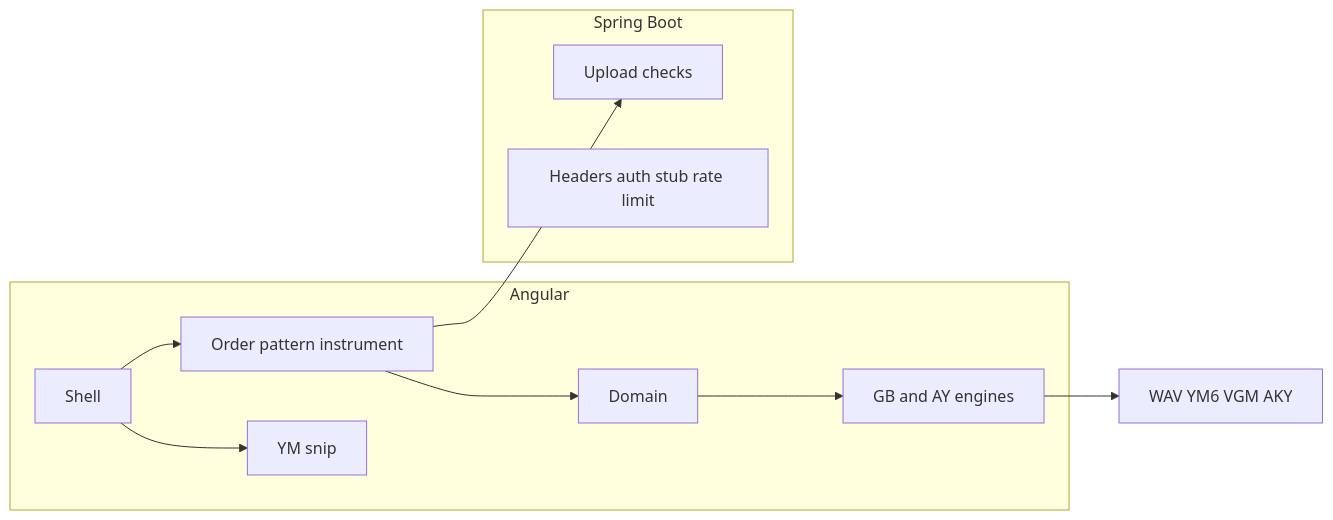
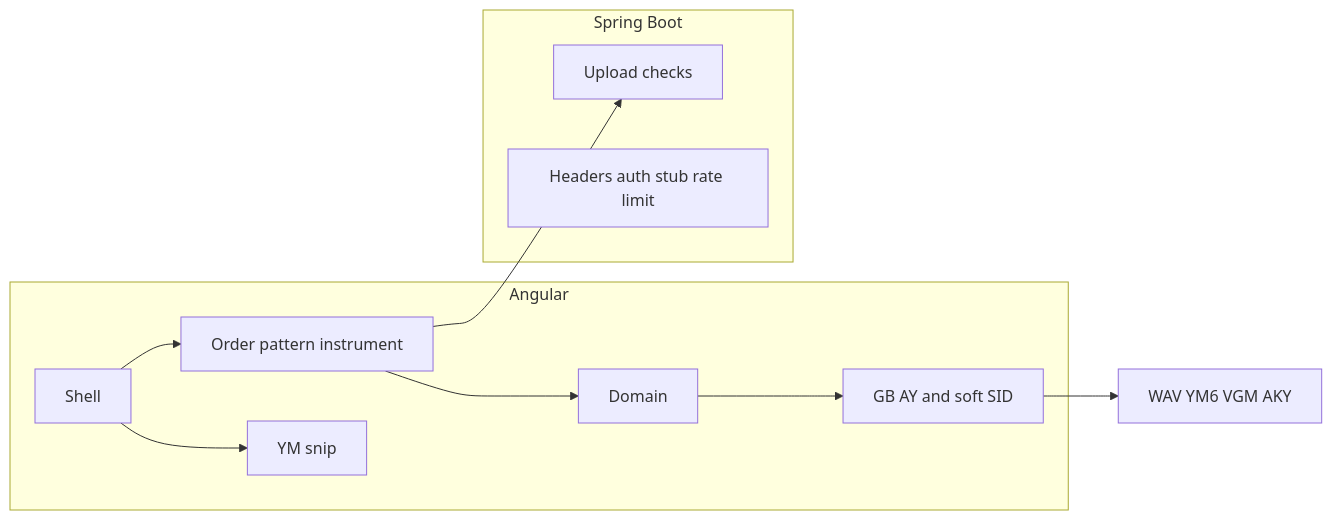
Before and after one commit to b-mag/chippy: the diagram in README.md, drawn with Mermaid. The commit also changed other lines of this file and 23 other files, not shown here.

````diff
--- a/README.md
+++ b/README.md
@@ -63,20 +61,20 @@
 ```mermaid
 flowchart LR
   subgraph ui [Angular]
     Shell[Shell]
     Tracker[Order pattern instrument]
     Listen[YM snip]
     Domain[Domain]
-    Engines[GB and AY engines]
+    Engines[GB AY and soft SID]
   end
   subgraph api [Spring Boot]
     Validate[Upload checks]
     Security[Headers auth stub rate limit]
   end
   Shell --> Tracker
   Shell --> Listen
   Tracker --> Domain
   Domain --> Engines
   Engines --> Exports[WAV YM6 VGM AKY]
   Tracker --> Validate
 ```
````
